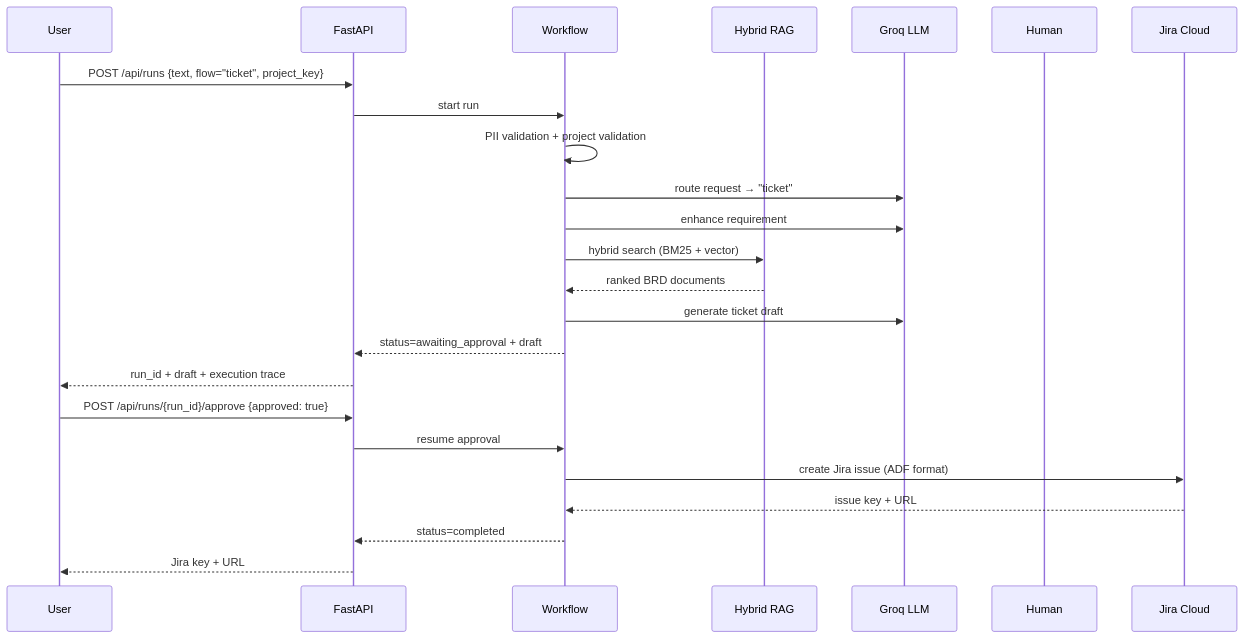
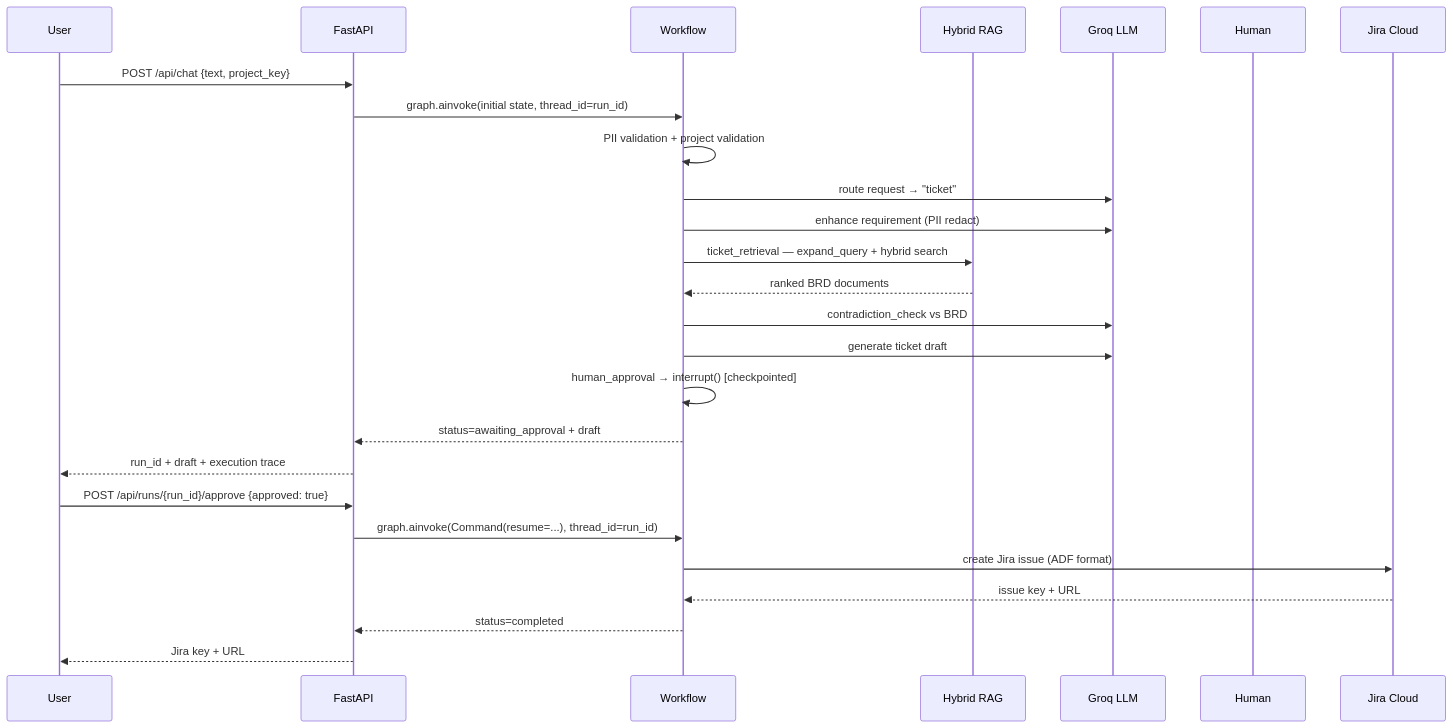
One commit to amit2440/jira-ai-agent changed the third of 4 diagrams in README.md. Above: the diagram before and after it, drawn with Mermaid. The commit also changed other lines of this file and 31 other files, not shown here.

Commit message:
fix: Docs & Diagrams

````diff
--- a/README.md
+++ b/README.md
@@ -102,28 +94,30 @@
 ```mermaid
 sequenceDiagram
     participant U as User
     participant API as FastAPI
     participant WF as Workflow
     participant RAG as Hybrid RAG
     participant LLM as Groq LLM
     participant H as Human
     participant J as Jira Cloud
 
-    U->>API: POST /api/runs {text, flow="ticket", project_key}
-    API->>WF: start run
+    U->>API: POST /api/chat {text, project_key}
+    API->>WF: graph.ainvoke(initial state, thread_id=run_id)
     WF->>WF: PII validation + project validation
     WF->>LLM: route request → "ticket"
-    WF->>LLM: enhance requirement
-    WF->>RAG: hybrid search (BM25 + vector)
+    WF->>LLM: enhance requirement (PII redact)
+    WF->>RAG: ticket_retrieval — expand_query + hybrid search
     RAG-->>WF: ranked BRD documents
+    WF->>LLM: contradiction_check vs BRD
     WF->>LLM: generate ticket draft
+    WF->>WF: human_approval → interrupt() [checkpointed]
     WF-->>API: status=awaiting_approval + draft
     API-->>U: run_id + draft + execution trace
 
     U->>API: POST /api/runs/{run_id}/approve {approved: true}
-    API->>WF: resume approval
+    API->>WF: graph.ainvoke(Command(resume=...), thread_id=run_id)
     WF->>J: create Jira issue (ADF format)
     J-->>WF: issue key + URL
     WF-->>API: status=completed
     API-->>U: Jira key + URL
 ```
````
